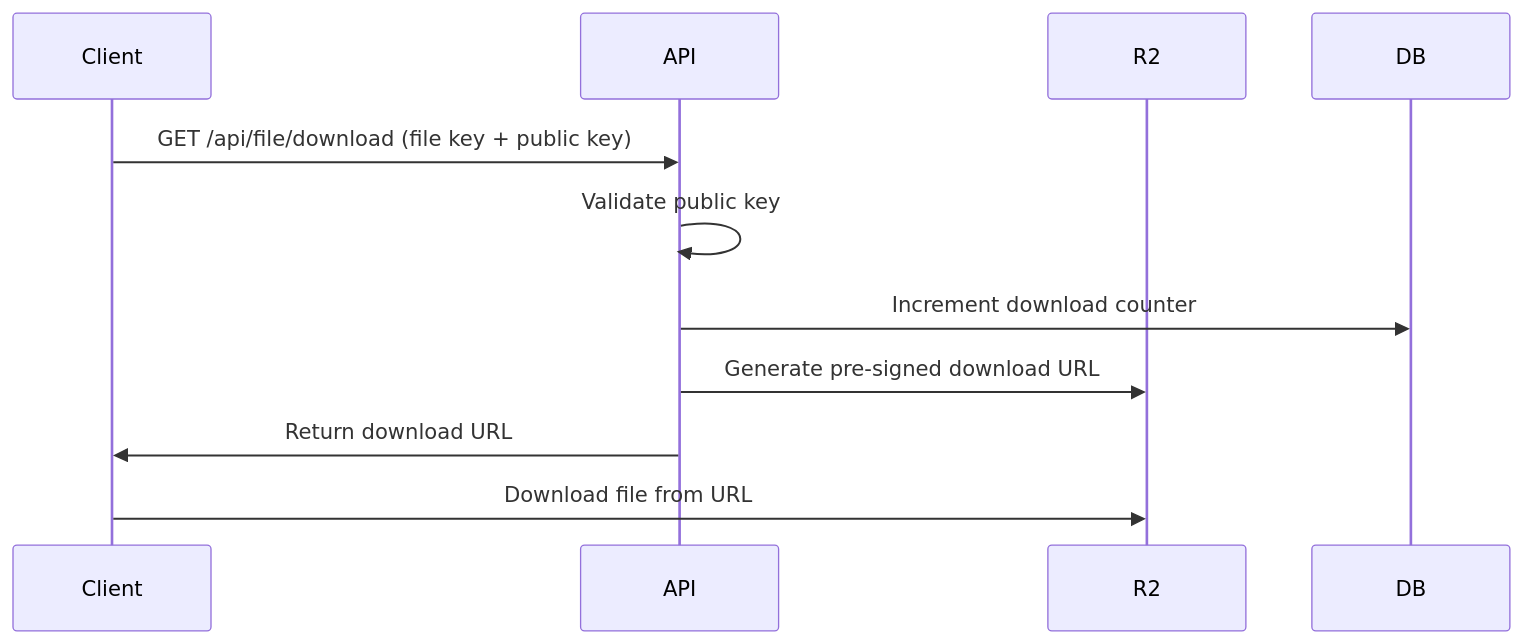
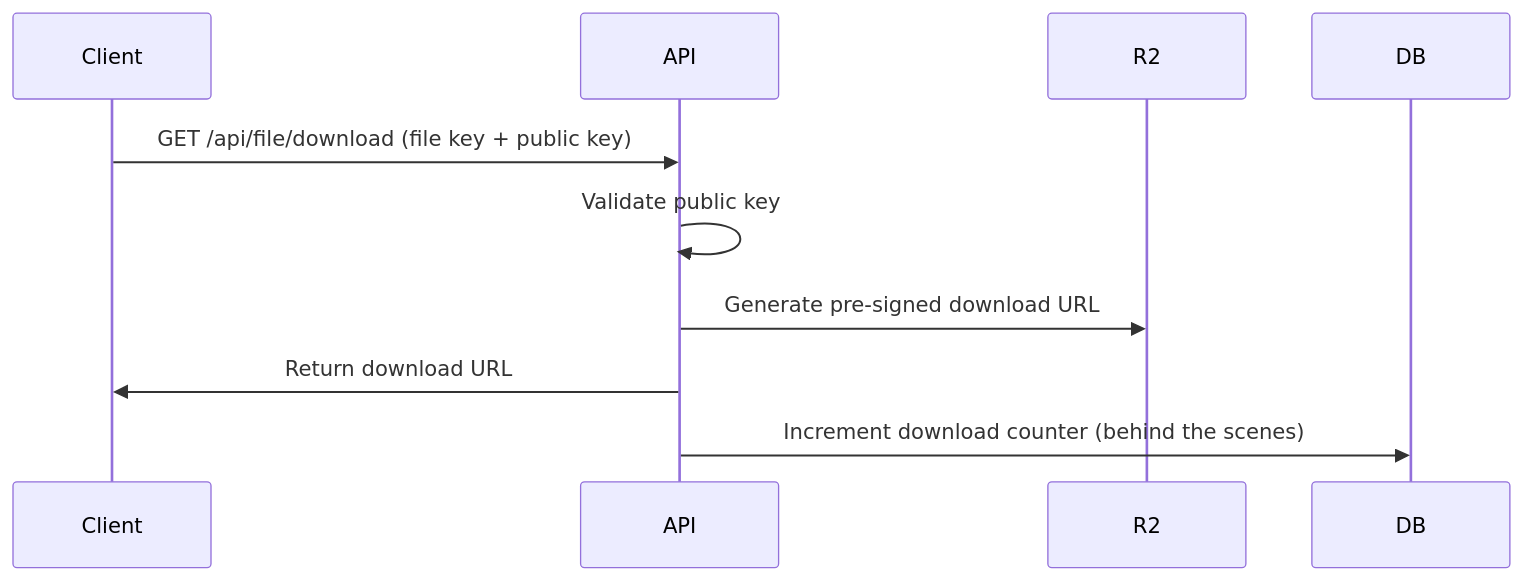
The second of 2 diagrams in docs/tech-doc.md (spiderocious/storex), drawn with Mermaid before and after one commit. The commit also changed 1 other file, not shown here.

Commit message:
Update technical documentation and add notes on package dependencies and background job service for download counter management

````diff
--- a/docs/tech-doc.md
+++ b/docs/tech-doc.md
@@ -142,14 +142,13 @@
 ```mermaid
 sequenceDiagram
     participant Client
     participant API
     participant R2
     participant DB
 
     Client->>API: GET /api/file/download (file key + public key)
     API->>API: Validate public key
-    API->>DB: Increment download counter
     API->>R2: Generate pre-signed download URL
     API->>Client: Return download URL
-    Client->>R2: Download file from URL
+    API->>DB: Increment download counter (behind the scenes)
 ```
````
